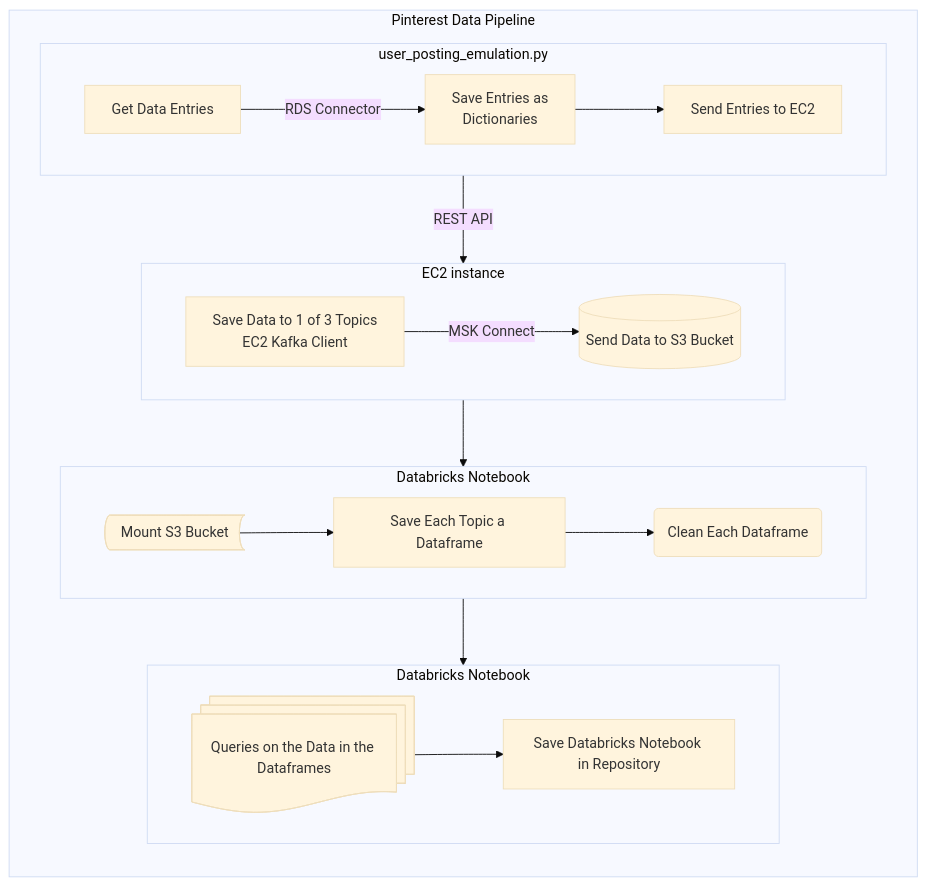
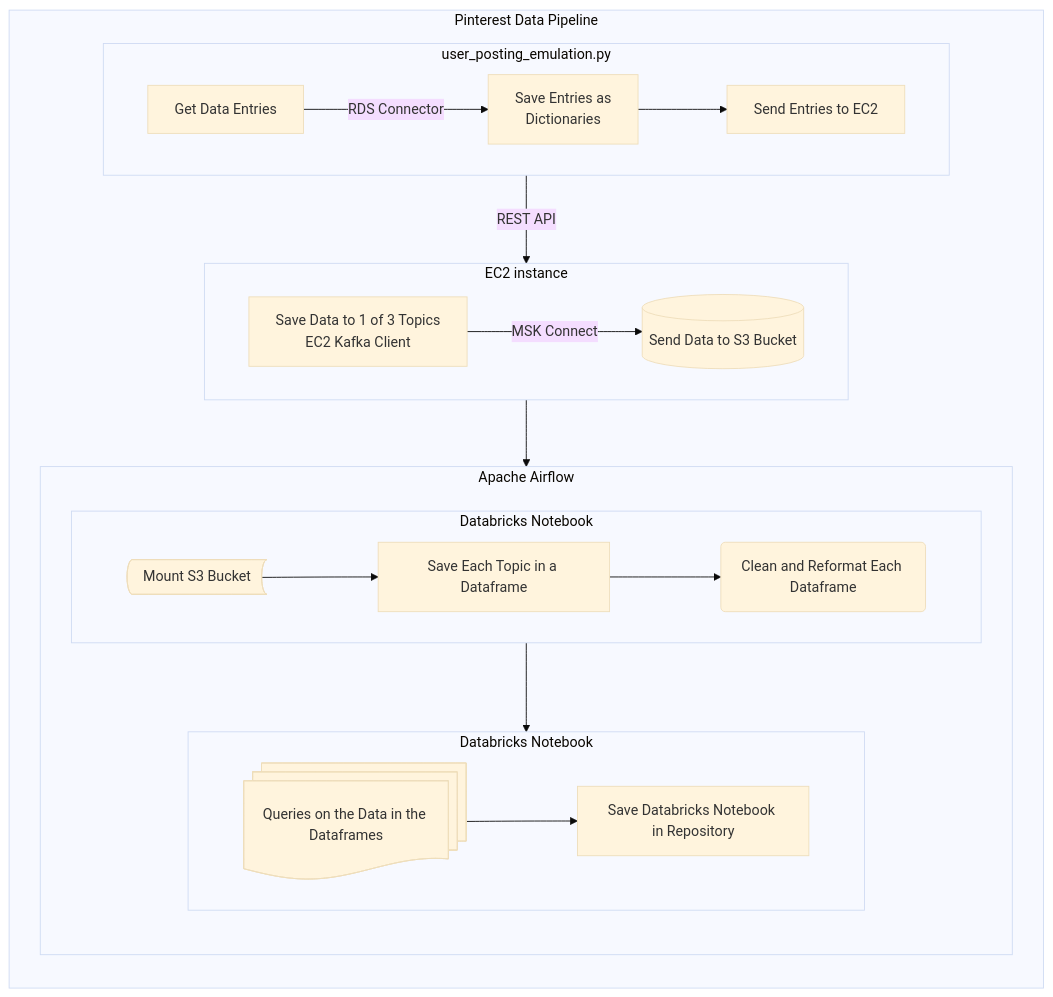
One commit to ChileMathAcc/pinterest-data-pipeline68 changed the diagram in README.md. Above: the diagram before and after it, drawn with Mermaid (base theme). The commit also changed other lines of this file and 2 other files, not shown here.

````diff
--- a/README.md
+++ b/README.md
@@ -67,34 +69,38 @@
 ```mermaid
 flowchart TB
   
   subgraph a[Pinterest Data Pipeline]
-      direction TB
+    direction TB
+      
+      subgraph p[Apache Airflow]
+        direction TB
 
         subgraph m[Databricks Notebook]
           direction LR
-          n@{shape: docs, label : "Queries on the Data in the Dataframes"} --> o[Save Databricks Notebook in Repository]
+            n@{shape: docs, label : "Queries on the Data in the Dataframes"} --> o[Save Databricks Notebook in Repository]
         end
 
         subgraph i[Databricks Notebook]
           direction LR
-            j@{shape: bow-rect, label: "Mount S3 Bucket"} --> k[Save Each Topic a Dataframe];
-            k --> l(Clean Each Dataframe);
+            j@{shape: bow-rect, label: "Mount S3 Bucket"} --> k[Save Each Topic in a Dataframe];
+            k --> l(Clean and Reformat Each Dataframe);
         end
+  end
 
-        subgraph f[EC2 instance]
-          direction LR
-            g[Save Data to 1 of 3 Topics <br> EC2 Kafka Client] -- MSK Connect --> h[(Send Data to S3 Bucket)];
-        end
+  subgraph f[EC2 instance]
+    direction LR
+      g[Save Data to 1 of 3 Topics <br> EC2 Kafka Client] -- MSK Connect --> h[(Send Data to S3 Bucket)];
+  end
 
-        subgraph b[user_posting_emulation.py]
-          direction LR
-            c[Get Data Entries] -- RDS Connector --> d[Save Entries as <br> Dictionaries];
-            d --> e[Send Entries to EC2]
-        end
+  subgraph b[user_posting_emulation.py]
+    direction LR
+      c[Get Data Entries] -- RDS Connector --> d[Save Entries as <br> Dictionaries];
+        d --> e[Send Entries to EC2]
+  end
 
-    b -- REST API --> f
-    f --> i
-    i --> m
+  b -- REST API --> f
+  f --> i
+  i --> m
 
-  end
+end
 ```
````
